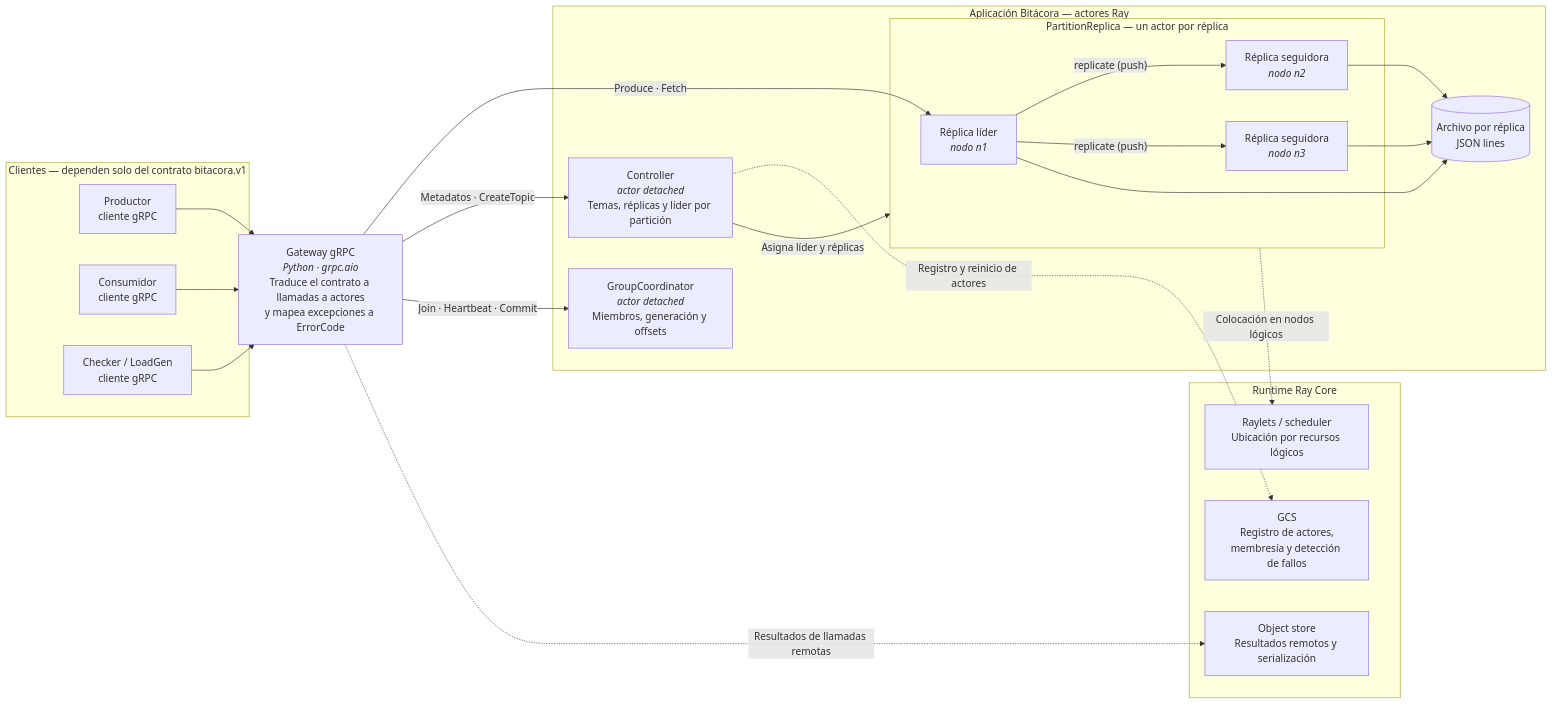
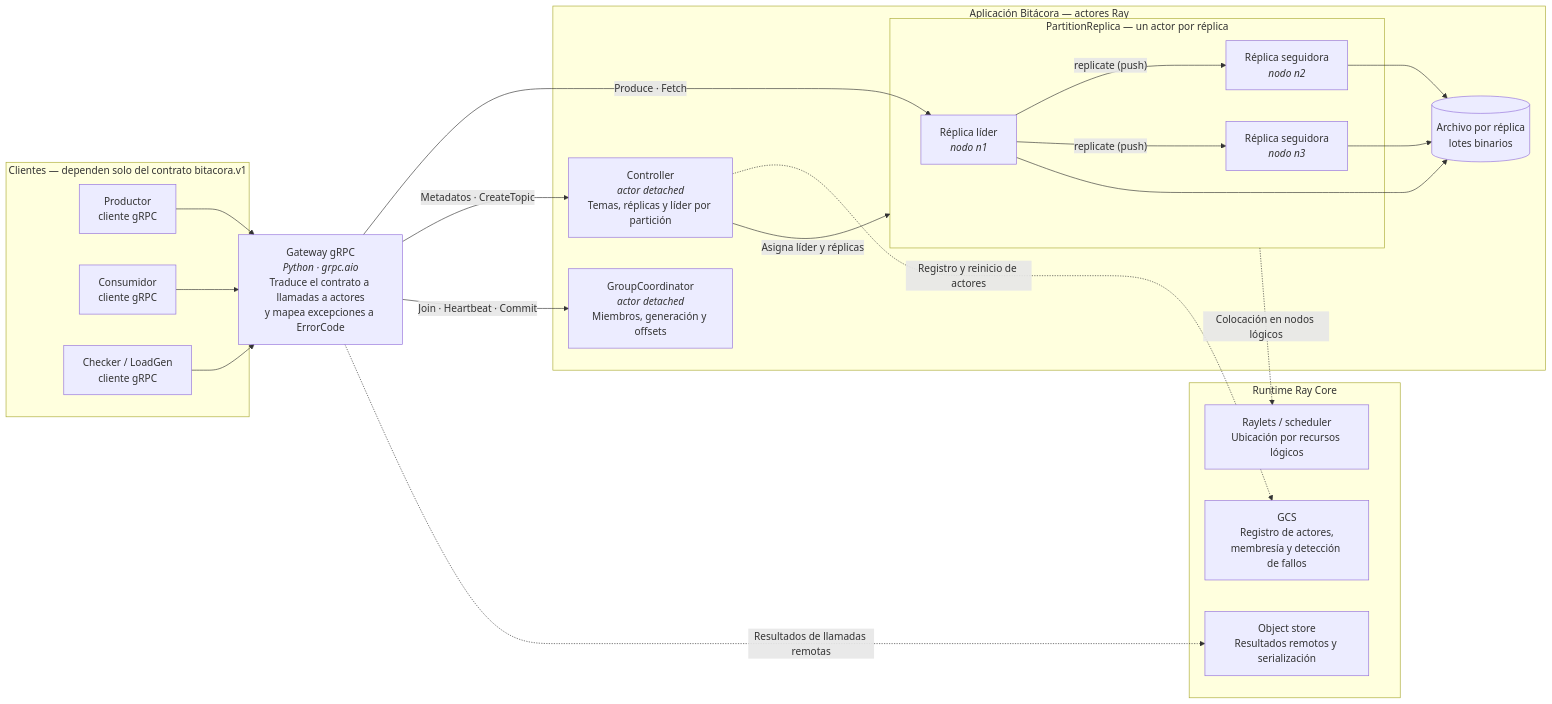
The first of 3 diagrams in docs/phase-1-ray/dependencies.md (alinadelanoval/bitacora), drawn with Mermaid before and after one commit. The commit also changed other lines of this file and 1 other file, not shown here.

````diff
--- a/docs/phase-1-ray/dependencies.md
+++ b/docs/phase-1-ray/dependencies.md
@@ -39,44 +39,44 @@
 ```mermaid
 flowchart LR
     subgraph clientes["Clientes — dependen solo del contrato bitacora.v1"]
         prod["Productor<br/>cliente gRPC"]
         cons["Consumidor<br/>cliente gRPC"]
         verif["Checker / LoadGen<br/>cliente gRPC"]
     end
 
     gw["Gateway gRPC<br/><i>Python · grpc.aio</i><br/>Traduce el contrato a llamadas a actores<br/>y mapea excepciones a ErrorCode"]
 
     subgraph app["Aplicación Bitácora — actores Ray"]
         ctl["Controller<br/><i>actor detached</i><br/>Temas, réplicas y líder por partición"]
         gc["GroupCoordinator<br/><i>actor detached</i><br/>Miembros, generación y offsets"]
         subgraph parts["PartitionReplica — un actor por réplica"]
             lead["Réplica líder<br/><i>nodo n1</i>"]
             f1["Réplica seguidora<br/><i>nodo n2</i>"]
             f2["Réplica seguidora<br/><i>nodo n3</i>"]
         end
-        store[("Archivo por réplica<br/>JSON lines")]
+        store[("Archivo por réplica<br/>lotes binarios")]
     end
 
     subgraph ray["Runtime Ray Core"]
         gcs["GCS<br/>Registro de actores,<br/>membresía y detección de fallos"]
         sched["Raylets / scheduler<br/>Ubicación por recursos lógicos"]
         objs["Object store<br/>Resultados remotos y serialización"]
     end
 
     prod --> gw
     cons --> gw
     verif --> gw
     gw -->|"Produce · Fetch"| lead
     gw -->|"Metadatos · CreateTopic"| ctl
     gw -->|"Join · Heartbeat · Commit"| gc
     ctl -->|"Asigna líder y réplicas"| parts
     lead -->|"replicate (push)"| f1
     lead -->|"replicate (push)"| f2
     lead --> store
     f1 --> store
     f2 --> store
 
     ctl -.->|"Registro y reinicio de actores"| gcs
     parts -.->|"Colocación en nodos lógicos"| sched
     gw -.->|"Resultados de llamadas remotas"| objs
 ```
````
